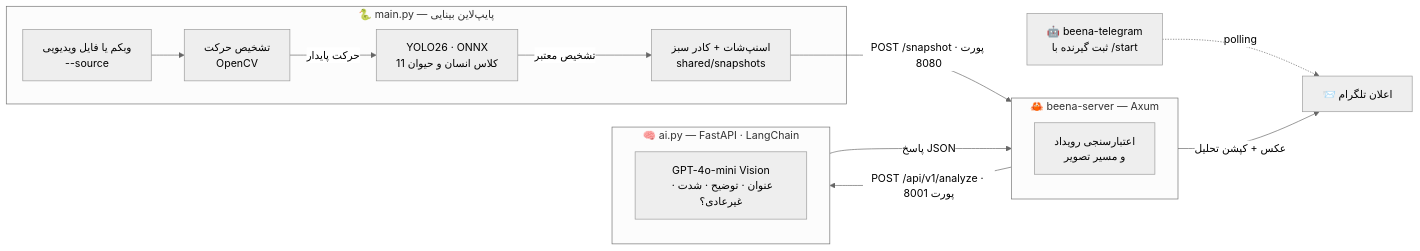
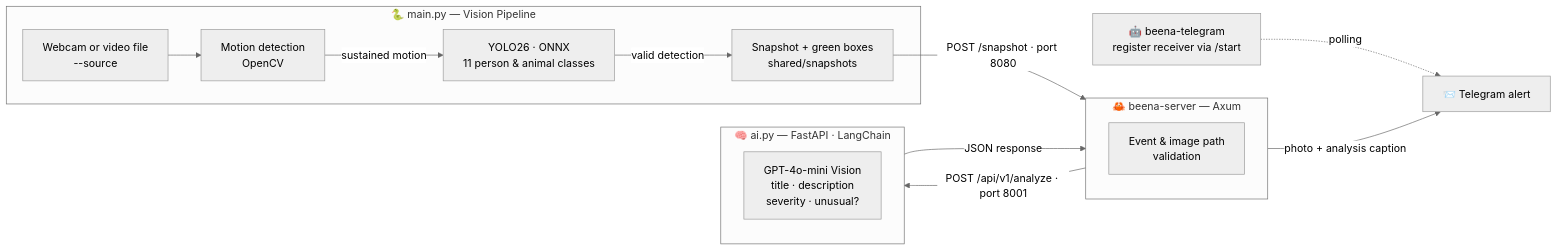
Before and after one commit to Owurk/Beena: the diagram in README.md, drawn with Mermaid (neutral theme). The commit also changed other lines of this file, not shown here.

````diff
--- a/README.md
+++ b/README.md
@@ -51,19 +45,19 @@
 ```mermaid
 flowchart LR
-    subgraph V["🐍 main.py — پایپ‌لاین بینایی"]
-        A["وبکم یا فایل ویدیویی<br/>--source"] --> B["تشخیص حرکت<br/>OpenCV"]
-        B -- "حرکت پایدار" --> C["YOLO26 · ONNX<br/>11 کلاس انسان و حیوان"]
-        C -- "تشخیص معتبر" --> D["اسنپ‌شات + کادر سبز<br/>shared/snapshots"]
+    subgraph V["🐍 main.py — Vision Pipeline"]
+        A["Webcam or video file<br/>--source"] --> B["Motion detection<br/>OpenCV"]
+        B -- "sustained motion" --> C["YOLO26 · ONNX<br/>11 person & animal classes"]
+        C -- "valid detection" --> D["Snapshot + green boxes<br/>shared/snapshots"]
     end
-    D -- "POST /snapshot · پورت 8080" --> S
+    D -- "POST /snapshot · port 8080" --> S
     subgraph S["🦀 beena-server — Axum"]
-        E["اعتبارسنجی رویداد<br/>و مسیر تصویر"]
+        E["Event & image path<br/>validation"]
     end
-    S -- "POST /api/v1/analyze · پورت 8001" --> Z
+    S -- "POST /api/v1/analyze · port 8001" --> Z
     subgraph Z["🧠 ai.py — FastAPI · LangChain"]
-        F["GPT-4o-mini Vision<br/>عنوان · توضیح · شدت · غیرعادی؟"]
+        F["GPT-4o-mini Vision<br/>title · description<br/>severity · unusual?"]
     end
-    Z -- "پاسخ JSON" --> S
-    S -- "عکس + کپشن تحلیل" --> T["📨 اعلان تلگرام"]
-    U["🤖 beena-telegram<br/>ثبت گیرنده با /start"] -. "polling" .-> T
+    Z -- "JSON response" --> S
+    S -- "photo + analysis caption" --> T["📨 Telegram alert"]
+    U["🤖 beena-telegram<br/>register receiver via /start"] -. "polling" .-> T
 ```
````
